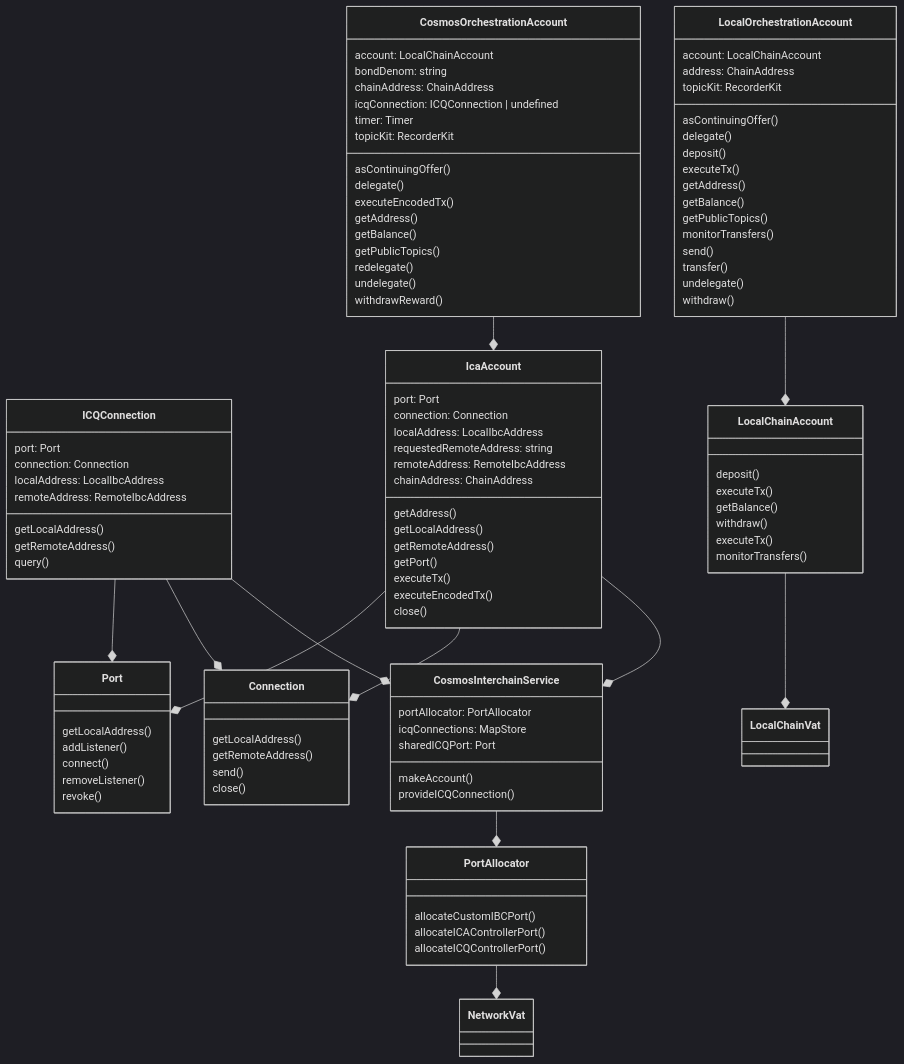
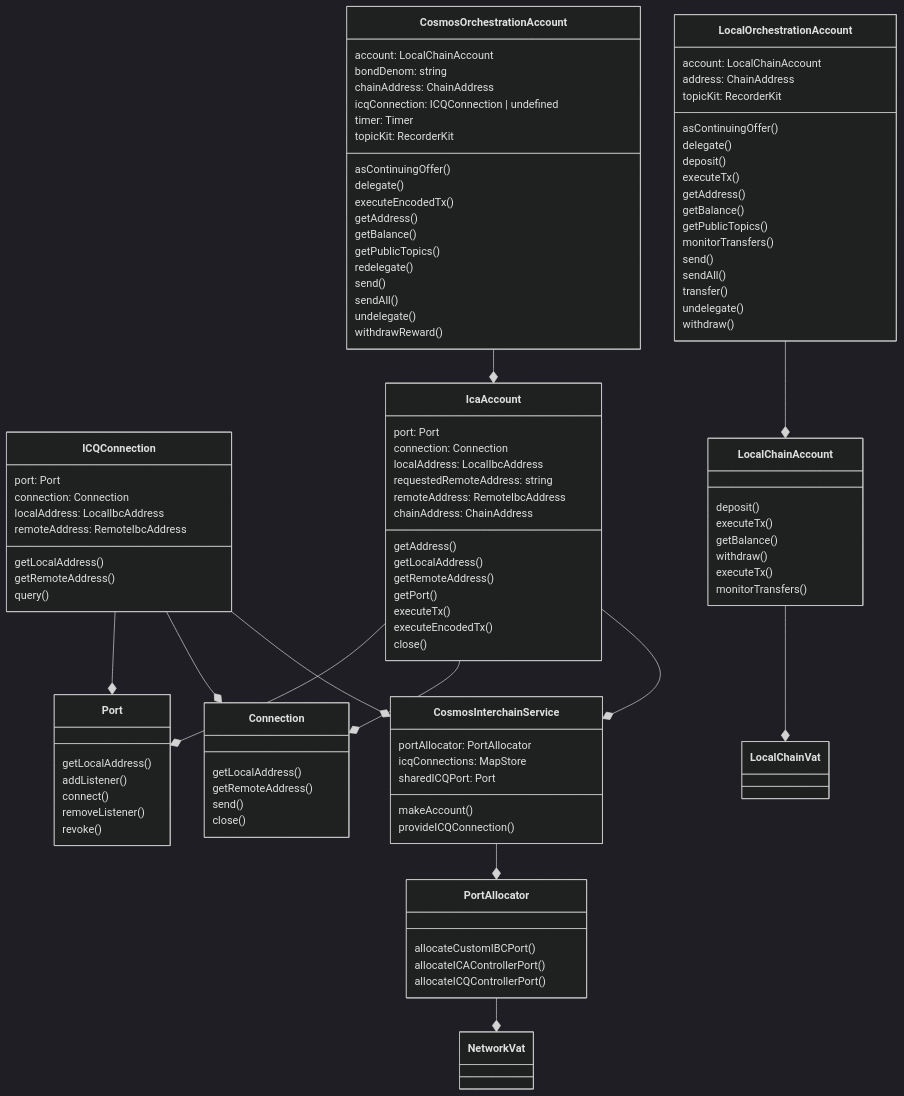
Before and after one commit to Agoric/agoric-sdk: the diagram in packages/orchestration/src/exos/README.md, drawn with Mermaid (dark theme).

Commit message:
docs: update exo structure

```diff
--- a/packages/orchestration/src/exos/README.md
+++ b/packages/orchestration/src/exos/README.md
@@ -98,6 +98,7 @@
       getPublicTopics()
       monitorTransfers()
       send()
+      sendAll()
       transfer()
       undelegate()
       withdraw()
@@ -117,6 +118,8 @@
       getBalance()
       getPublicTopics()
       redelegate()
+      send()
+      sendAll()
       undelegate()
       withdrawReward()
     }
```
